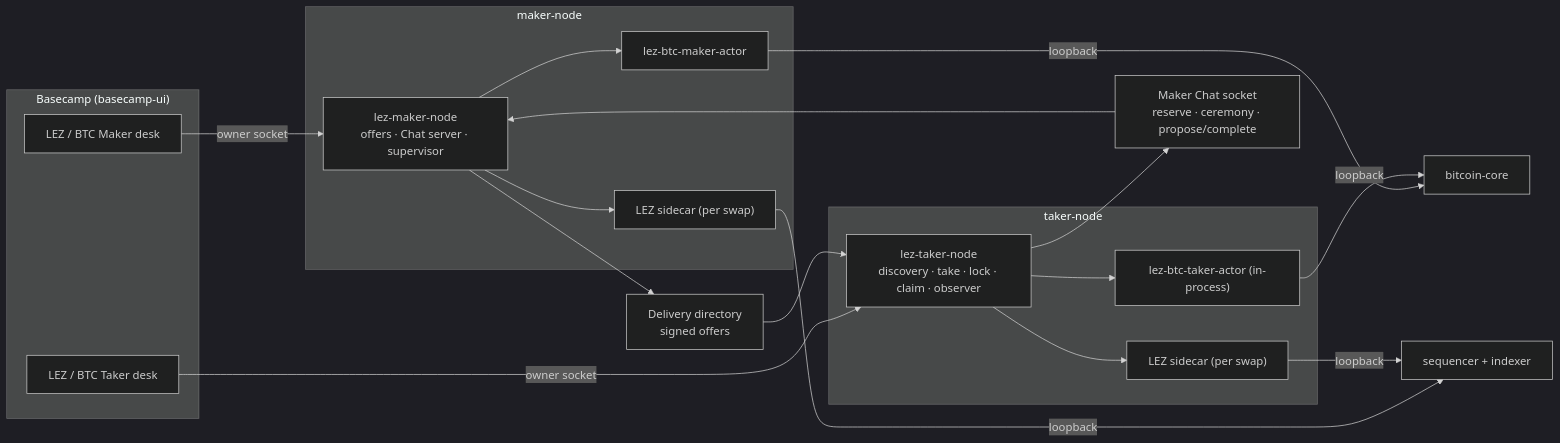
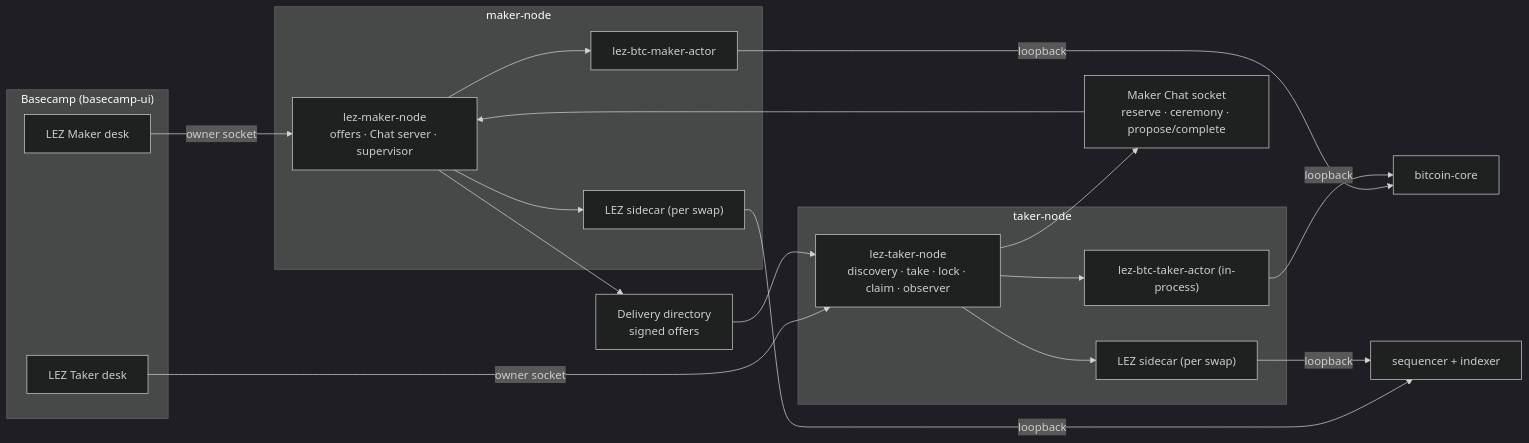
Before and after one commit to gateway-fm/lez-atomic-swaps: the diagram in docs/architecture/0213-nodes-own-the-btc-lifecycle.md, drawn with Mermaid (dark theme). The commit also changed 457 other files, not shown here.

````diff
--- a/docs/architecture/0213-nodes-own-the-btc-lifecycle.md
+++ b/docs/architecture/0213-nodes-own-the-btc-lifecycle.md
@@ -224,34 +224,34 @@
 ```mermaid
 flowchart LR
     subgraph UI["Basecamp (basecamp-ui)"]
-        MakerDesk["LEZ / BTC Maker desk"]
-        TakerDesk["LEZ / BTC Taker desk"]
+        MakerDesk["LEZ Maker desk"]
+        TakerDesk["LEZ Taker desk"]
     end
     subgraph MakerNode["maker-node"]
         Maker["lez-maker-node\noffers · Chat server · supervisor"]
         MakerActor["lez-btc-maker-actor"]
         MakerSidecar["LEZ sidecar (per swap)"]
     end
     subgraph TakerNode["taker-node"]
         Taker["lez-taker-node\ndiscovery · take · lock · claim · observer"]
         TakerActor["lez-btc-taker-actor (in-process)"]
         TakerSidecar["LEZ sidecar (per swap)"]
     end
     Delivery["Delivery directory\nsigned offers"]
     Chat["Maker Chat socket\nreserve · ceremony · propose/complete"]
     Core["bitcoin-core"]
     Lez["sequencer + indexer"]
 
     MakerDesk -->|"owner socket"| Maker
     TakerDesk -->|"owner socket"| Taker
     Maker --> Delivery --> Taker
     Taker --> Chat --> Maker
     Maker --> MakerActor
     Maker --> MakerSidecar
     Taker --> TakerActor
     Taker --> TakerSidecar
     MakerActor -->|"loopback"| Core
     TakerActor -->|"loopback"| Core
     MakerSidecar -->|"loopback"| Lez
     TakerSidecar -->|"loopback"| Lez
 ```
````
